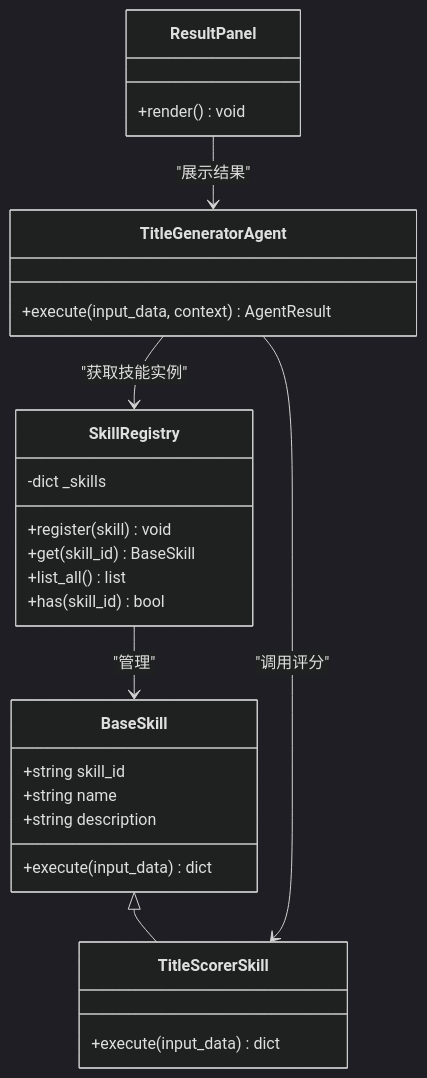
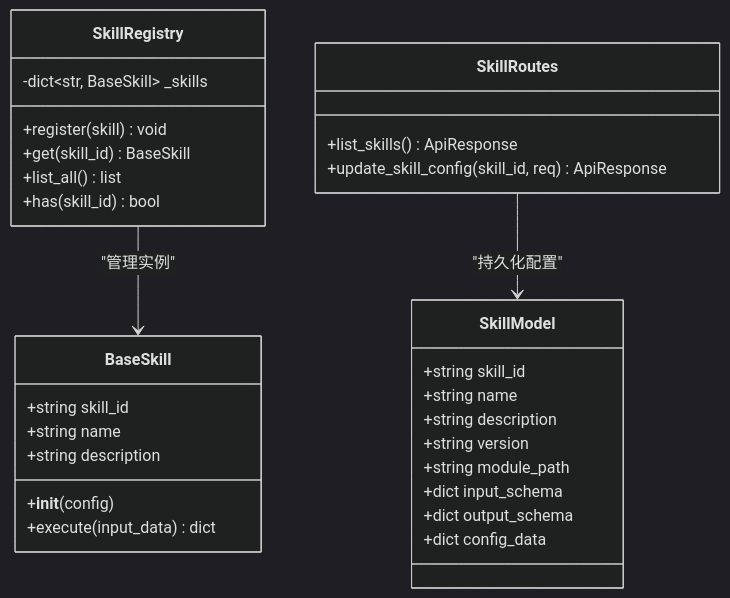
The fourth of 5 diagrams in .qoder/repowiki/zh/content/技能系统/内置技能实现/标题评分技能.md (sansansansansan2022-web/hotclaw), drawn with Mermaid (dark theme) before and after one commit. The commit also changed other lines of this file and 288 other files, not shown here.

````diff
--- a/.qoder/repowiki/zh/content/技能系统/内置技能实现/标题评分技能.md
+++ b/.qoder/repowiki/zh/content/技能系统/内置技能实现/标题评分技能.md
@@ -175,30 +168,33 @@
 ```mermaid
 classDiagram
 class BaseSkill {
 +string skill_id
 +string name
 +string description
++__init__(config)
 +execute(input_data) dict
 }
 class SkillRegistry {
--dict _skills
+-dict~str, BaseSkill~ _skills
 +register(skill) void
 +get(skill_id) BaseSkill
 +list_all() list
 +has(skill_id) bool
 }
-class TitleScorerSkill {
-+execute(input_data) dict
+class SkillRoutes {
++list_skills() ApiResponse
++update_skill_config(skill_id, req) ApiResponse
 }
-class TitleGeneratorAgent {
-+execute(input_data, context) AgentResult
+class SkillModel {
++string skill_id
++string name
++string description
++string version
++string module_path
++dict input_schema
++dict output_schema
++dict config_data
 }
-class ResultPanel {
-+render() void
-}
-BaseSkill <|-- TitleScorerSkill
-SkillRegistry --> BaseSkill : "管理"
-TitleGeneratorAgent --> SkillRegistry : "获取技能实例"
-TitleGeneratorAgent --> TitleScorerSkill : "调用评分"
-ResultPanel --> TitleGeneratorAgent : "展示结果"
+SkillRegistry --> BaseSkill : "管理实例"
+SkillRoutes --> SkillModel : "持久化配置"
 ```
````
